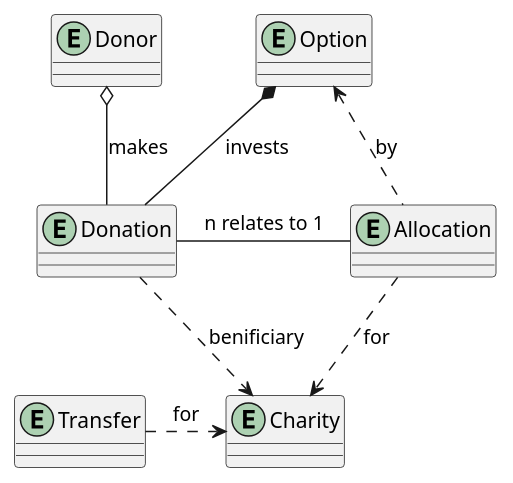
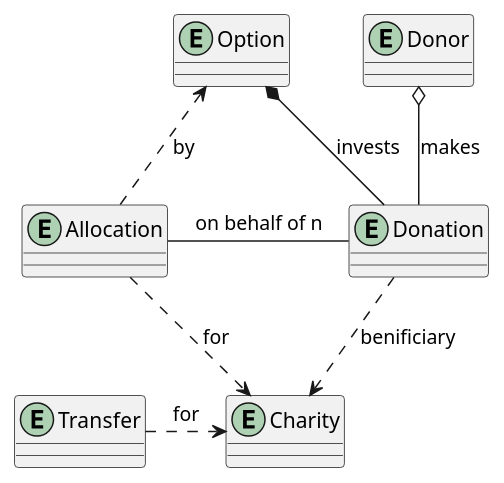
The diagram in wiki/index.md (joost-morsink/FF-admin-module), drawn with PlantUML before and after one commit.

Commit message:
Fix in datamodel wiki

````diff
--- a/wiki/index.md
+++ b/wiki/index.md
@@ -17,25 +17,25 @@
 ```plantuml
 @startuml
 entity Donor
 entity Donation
 entity Charity
 entity Option
 entity Allocation
 entity Transfer
 
 Donor o-- Donation : makes
 Donation ..> Charity : benificiary
 Option *-- Donation : invests
 
-Donation - Allocation : n relates to 1
-Allocation .> Charity : for
-Option <. Allocation : by
+Allocation - Donation : on behalf of n
+Allocation ..> Charity : for
+Option <.. Allocation : by
 Transfer .> Charity : for
 url for Donor [[./donor]]
 url for Donation [[./donation]]
 url for Charity [[./charity]]
 url for Option [[./option]]
 url for Allocation [[./allocation]]
 url for Transfer [[./transfer]]
 @enduml
 ```
````
